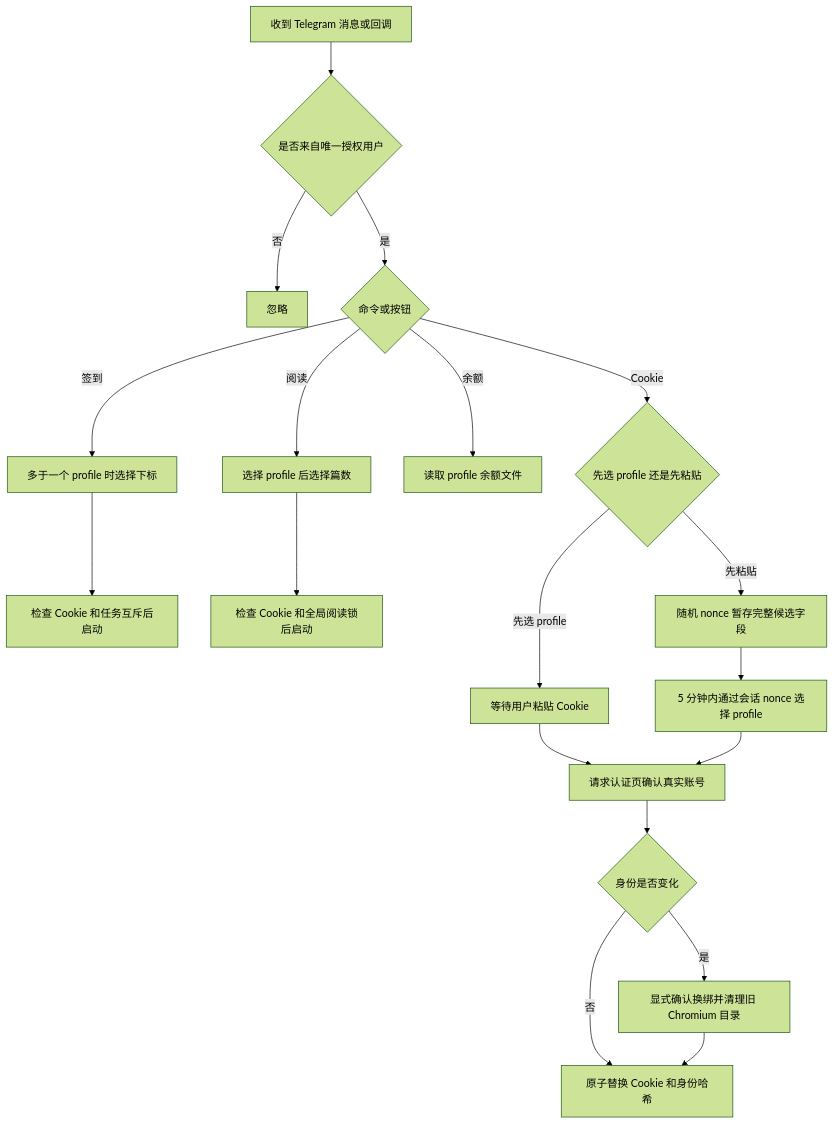
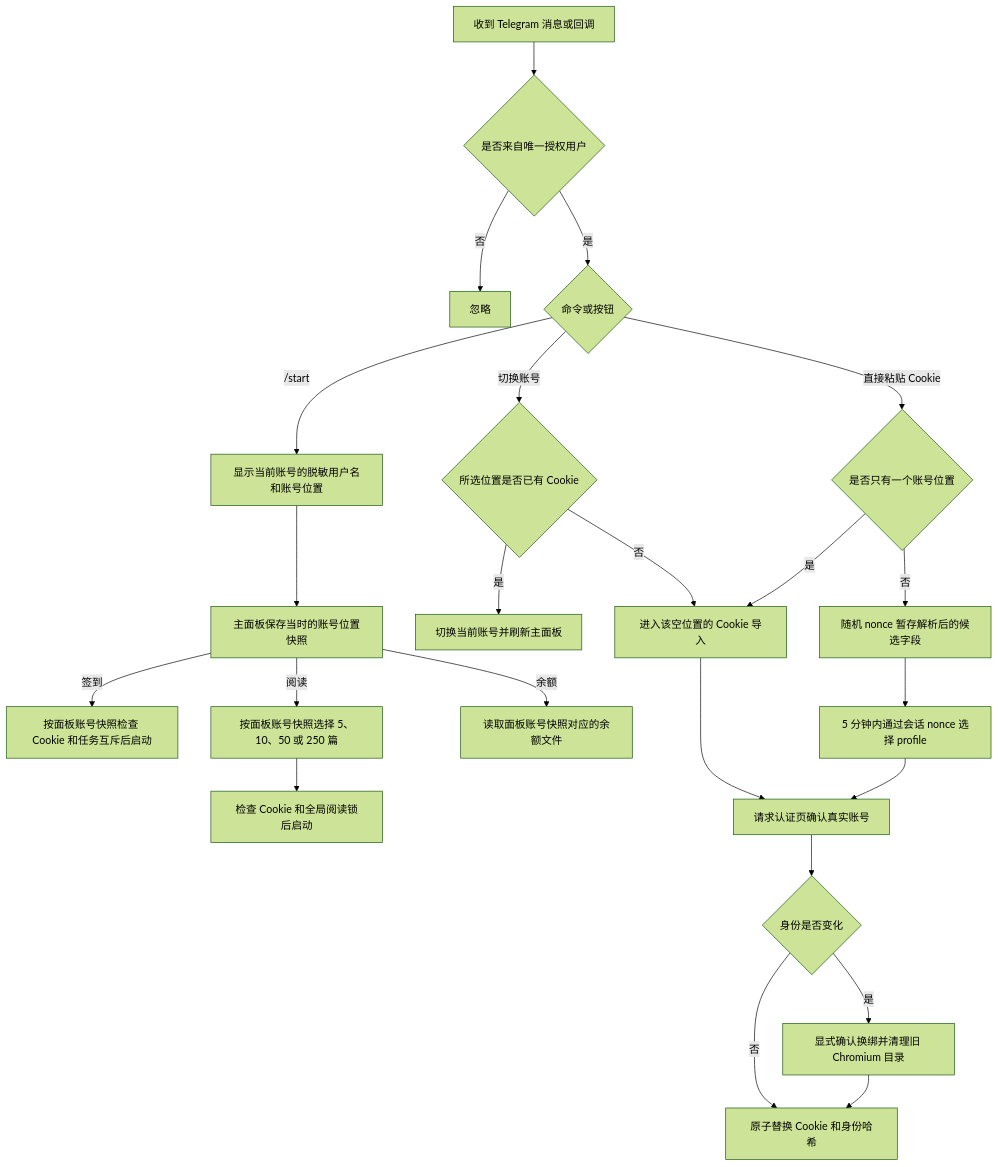
Before and after one commit to mskatoni/v2ex-max-helper: the third of 4 diagrams in docs/实际流程图谱.md, drawn with Mermaid (forest theme). The commit also changed other lines of this file and 53 other files, not shown here.

````diff
--- a/docs/实际流程图谱.md
+++ b/docs/实际流程图谱.md
@@ -55,21 +55,25 @@
 ```mermaid
 flowchart TD
     U0["收到 Telegram 消息或回调"] --> A0{"是否来自唯一授权用户"}
     A0 -->|"否"| X0["忽略"]
-    A0 -->|"是"| C0{"命令或按钮"}
-    C0 -->|"签到"| P0["多于一个 profile 时选择下标"]
-    C0 -->|"阅读"| P1["选择 profile 后选择篇数"]
-    C0 -->|"余额"| P2["读取 profile 余额文件"]
-    C0 -->|"Cookie"| P3{"先选 profile 还是先粘贴"}
-    P0 --> C1["检查 Cookie 和任务互斥后启动"]
-    P1 --> R0["检查 Cookie 和全局阅读锁后启动"]
-    P3 -->|"先选 profile"| K0["等待用户粘贴 Cookie"]
-    P3 -->|"先粘贴"| K1["随机 nonce 暂存完整候选字段"]
+    A0 -->|"是"| S0{"命令或按钮"}
+    S0 -->|"/start"| C0["显示当前账号的脱敏用户名和账号位置"]
+    C0 --> M0["主面板保存当时的账号位置快照"]
+    S0 -->|"切换账号"| P0{"所选位置是否已有 Cookie"}
+    P0 -->|"是"| P1["切换当前账号并刷新主面板"]
+    P0 -->|"否"| K0["进入该空位置的 Cookie 导入"]
+    M0 -->|"签到"| C1["按面板账号快照检查 Cookie 和任务互斥后启动"]
+    M0 -->|"阅读"| R1["按面板账号快照选择 5、10、50 或 250 篇"]
+    R1 --> R0["检查 Cookie 和全局阅读锁后启动"]
+    M0 -->|"余额"| P2["读取面板账号快照对应的余额文件"]
+    S0 -->|"直接粘贴 Cookie"| P3{"是否只有一个账号位置"}
+    P3 -->|"是"| K0
+    P3 -->|"否"| K1["随机 nonce 暂存解析后的候选字段"]
     K0 --> K2["请求认证页确认真实账号"]
     K1 --> K3["5 分钟内通过会话 nonce 选择 profile"]
     K3 --> K2
     K2 --> K4{"身份是否变化"}
     K4 -->|"否"| K5["原子替换 Cookie 和身份哈希"]
     K4 -->|"是"| K6["显式确认换绑并清理旧 Chromium 目录"]
     K6 --> K5
 ```
````
